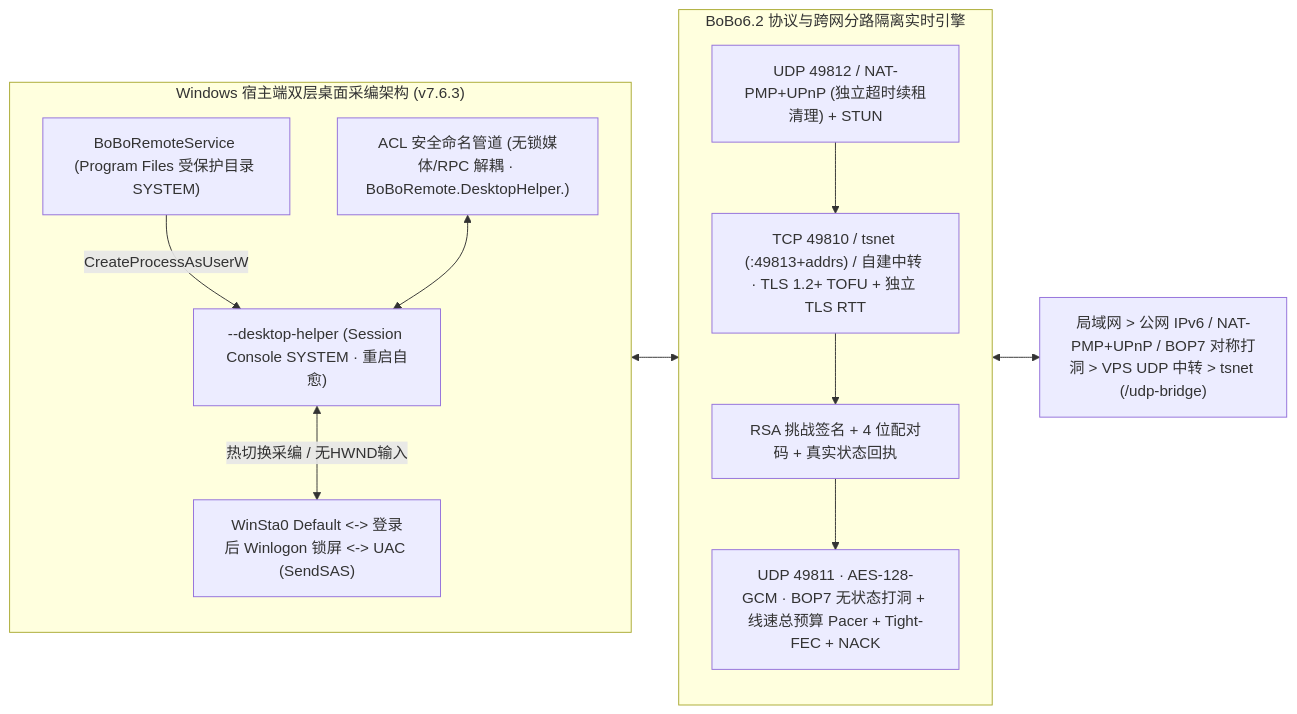
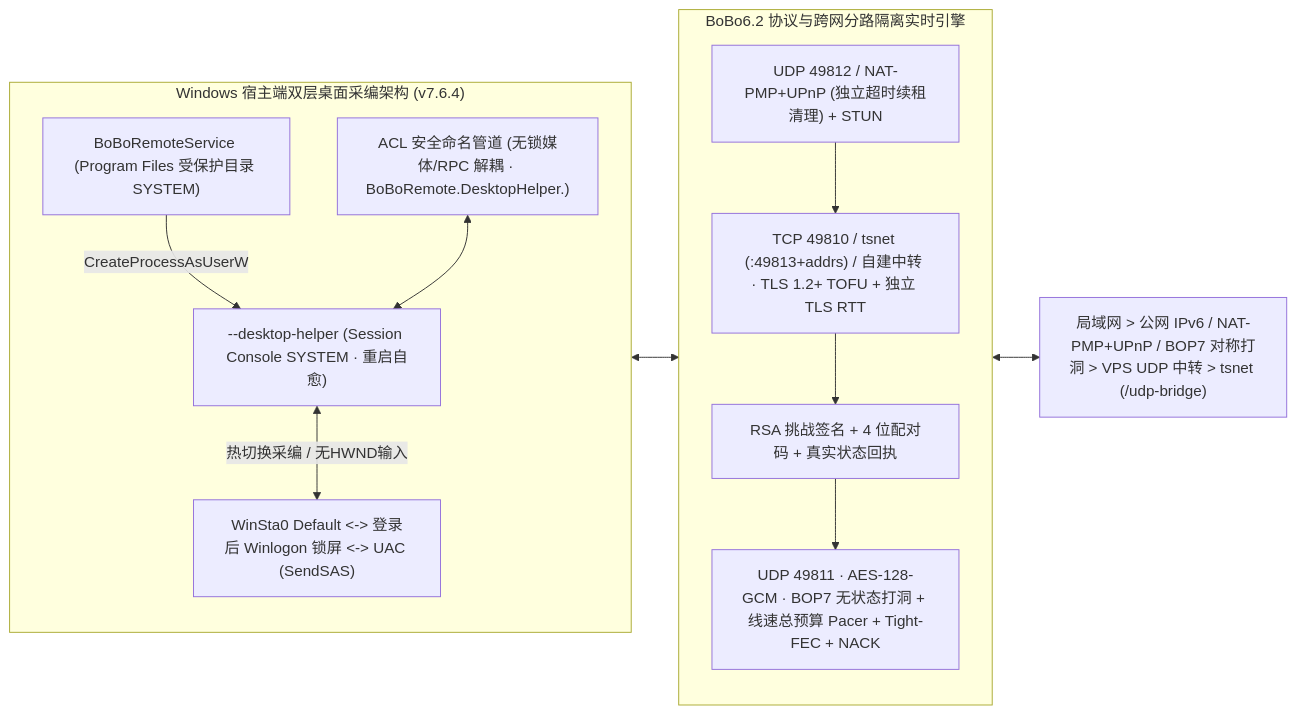
The diagram in README.md (Gluxggg/BoBo-Remote), drawn with Mermaid before and after one commit. The commit also changed other lines of this file and 19 other files, not shown here.

````diff
--- a/README.md
+++ b/README.md
@@ -122,27 +125,27 @@
 ```mermaid
 flowchart LR
-  subgraph WINHOST["Windows 宿主端双层桌面采编架构 (v7.6.3)"]
+  subgraph WINHOST["Windows 宿主端双层桌面采编架构 (v7.6.4)"]
     direction TB
     SVC["BoBoRemoteService (Program Files 受保护目录 SYSTEM)"]
     HLP["--desktop-helper (Session Console SYSTEM · 重启自愈)"]
     DESK["WinSta0 Default <-> 登录后 Winlogon 锁屏 <-> UAC (SendSAS)"]
     PIPE["ACL 安全命名管道 (无锁媒体/RPC 解耦 · BoBoRemote.DesktopHelper.<sid>)"]
     SVC -->|CreateProcessAsUserW| HLP
     HLP <-->|热切换采编 / 无HWND输入| DESK
     PIPE <--> HLP
   end
 
   subgraph PROTO["BoBo6.2 协议与跨网分路隔离实时引擎"]
     direction TB
     DISC["UDP 49812 / NAT-PMP+UPnP (独立超时续租清理) + STUN"]
     TLS["TCP 49810 / tsnet (:49813+addrs) / 自建中转 · TLS 1.2+ TOFU + 独立 TLS RTT"]
     AUTH["RSA 挑战签名 + 4 位配对码 + 真实状态回执"]
     UDP["UDP 49811 · AES-128-GCM · BOP7 无状态打洞 + 线速总预算 Pacer + Tight-FEC + NACK"]
     DISC --> TLS --> AUTH --> UDP
   end
 
   NET["局域网 > 公网 IPv6 / NAT-PMP+UPnP / BOP7 对称打洞 > VPS UDP 中转 > tsnet (/udp-bridge)"]
 
   WINHOST <--> PROTO
   PROTO <--> NET
 ```
````
